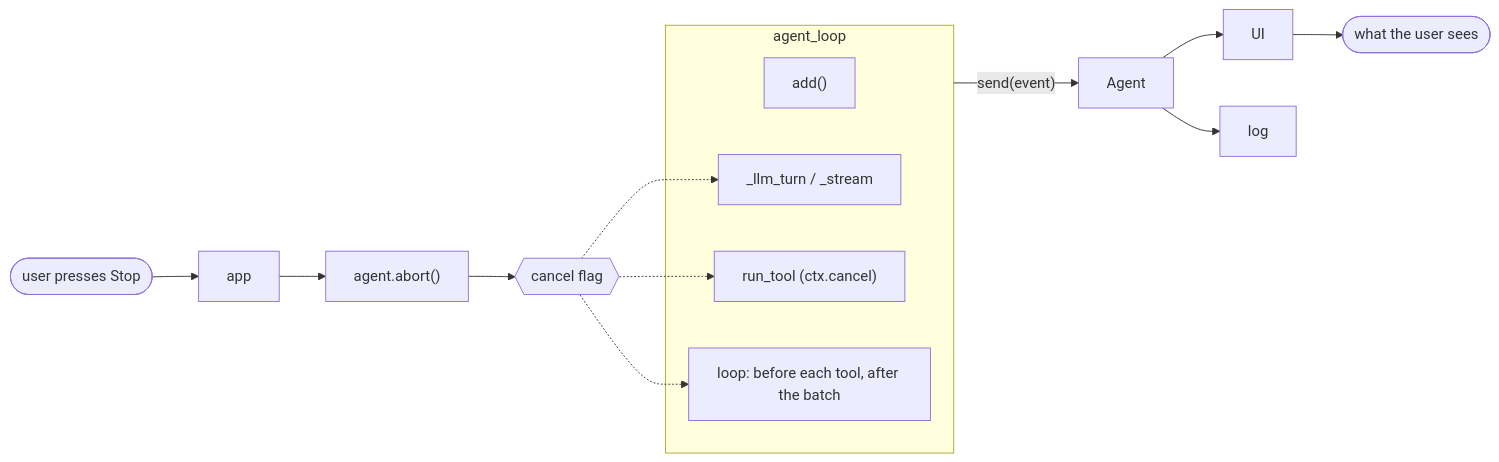
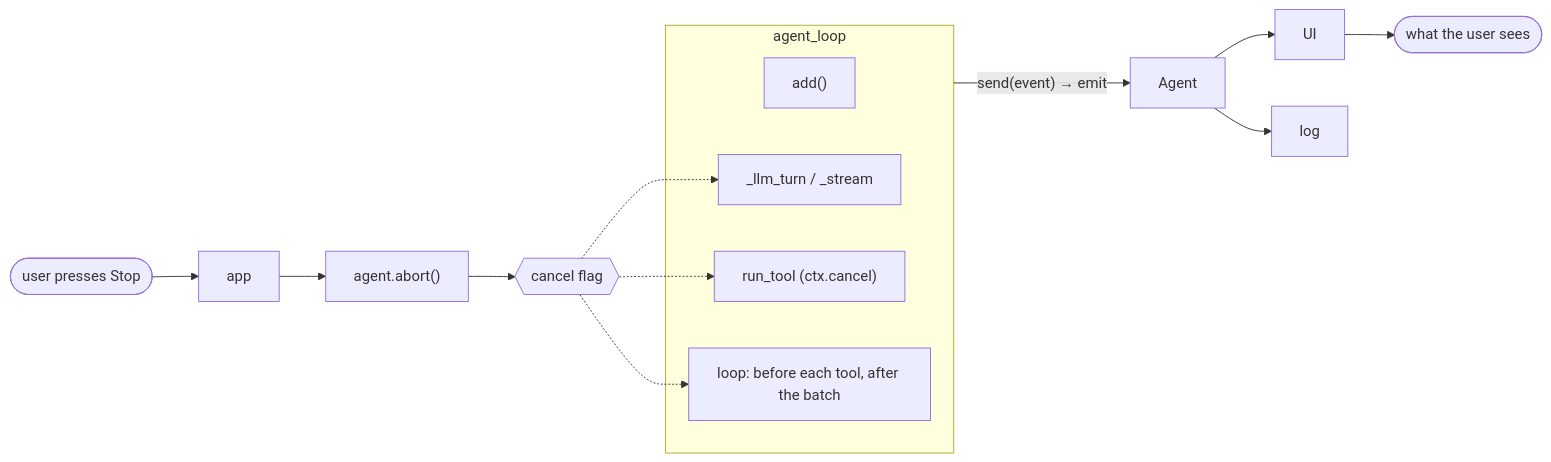
One commit to danhugo/simp-agent changed the second of 3 diagrams in docs/guidebook/06-events-abort.md. Above: the diagram before and after it, drawn with Mermaid. The commit also changed other lines of this file, not shown here.

Commit message:
guidebook ch06: send (loop helper) -> emit (caller's function), consistent wording

````diff
--- a/docs/guidebook/06-events-abort.md
+++ b/docs/guidebook/06-events-abort.md
@@ -58,15 +58,15 @@
 ```mermaid
 flowchart LR
     U1([user presses Stop]) --> APP1[app] --> AB["agent.abort()"] --> CF{{cancel flag}}
     subgraph LOOP["agent_loop"]
         ADD["add()"]
         LLM["_llm_turn / _stream"]
         RT["run_tool (ctx.cancel)"]
         CHK["loop: before each tool, after the batch"]
     end
     CF -.-> LLM
     CF -.-> RT
     CF -.-> CHK
-    LOOP -- "send(event)" --> AG[Agent] --> S1[UI] --> U2([what the user sees])
+    LOOP -- "send(event) → emit" --> AG[Agent] --> S1[UI] --> U2([what the user sees])
     AG --> S2[log]
 ```
````
